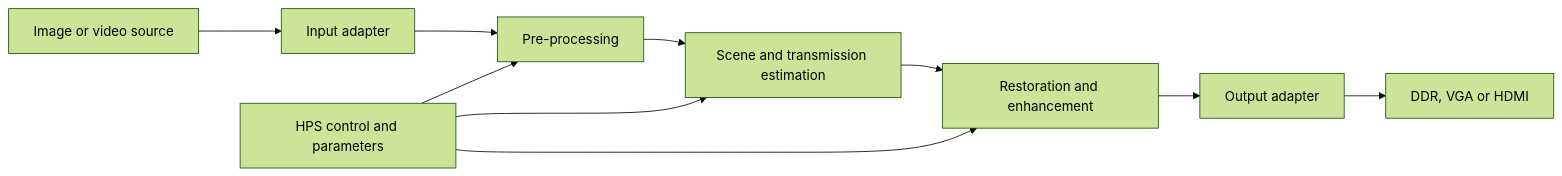
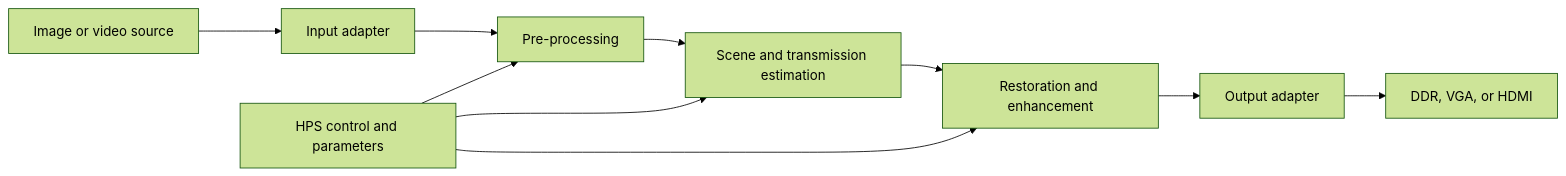
One commit to DyDuy/fpga-vision-enhancement changed the diagram in docs/architecture/overview.md. Above: the diagram before and after it, drawn with Mermaid (forest theme). The commit also changed other lines of this file and 21 other files, not shown here.

````diff
--- a/docs/architecture/overview.md
+++ b/docs/architecture/overview.md
@@ -3,12 +3,12 @@
 ```mermaid
 flowchart LR
     SRC[Image or video source] --> IN[Input adapter]
     IN --> PRE[Pre-processing]
     PRE --> EST[Scene and transmission estimation]
     EST --> RESTORE[Restoration and enhancement]
     RESTORE --> OUT[Output adapter]
     CTRL[HPS control and parameters] --> PRE
     CTRL --> EST
     CTRL --> RESTORE
-    OUT --> SINK[DDR, VGA or HDMI]
+    OUT --> SINK[DDR, VGA, or HDMI]
 ```
````
